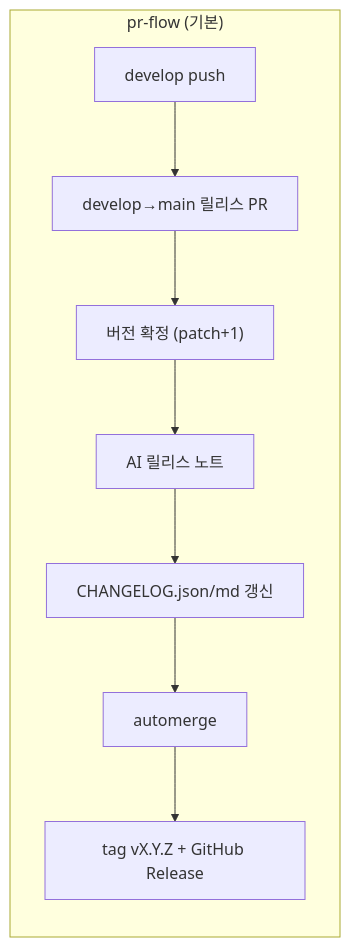
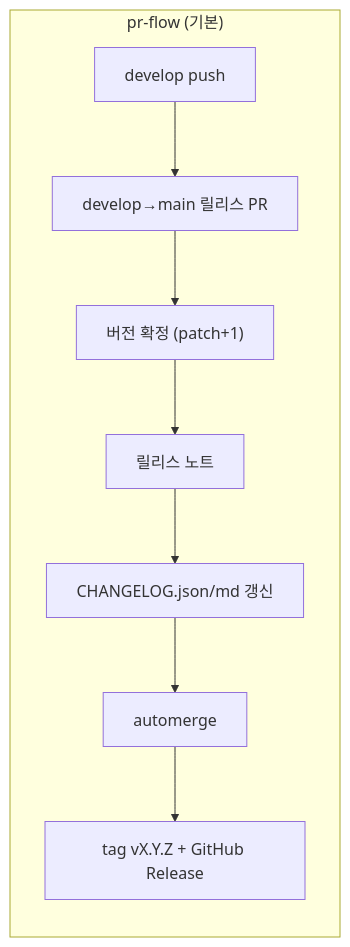
Before and after one commit to Twin-Fang/project-auto-wizard: the second of 3 diagrams in README.md, drawn with Mermaid. The commit also changed other lines of this file and 3 other files, not shown here.

````diff
--- a/README.md
+++ b/README.md
@@ -207,11 +207,11 @@
 ```mermaid
 flowchart LR
     subgraph pr-flow ["pr-flow (기본)"]
         D1[develop push] --> PR[develop→main 릴리스 PR]
         PR --> V["버전 확정 (patch+1)"]
-        V --> AI[AI 릴리스 노트]
+        V --> AI[릴리스 노트]
         AI --> CL[CHANGELOG.json/md 갱신]
         CL --> AM[automerge]
         AM --> TAG["tag vX.Y.Z + GitHub Release"]
     end
 ```
````
